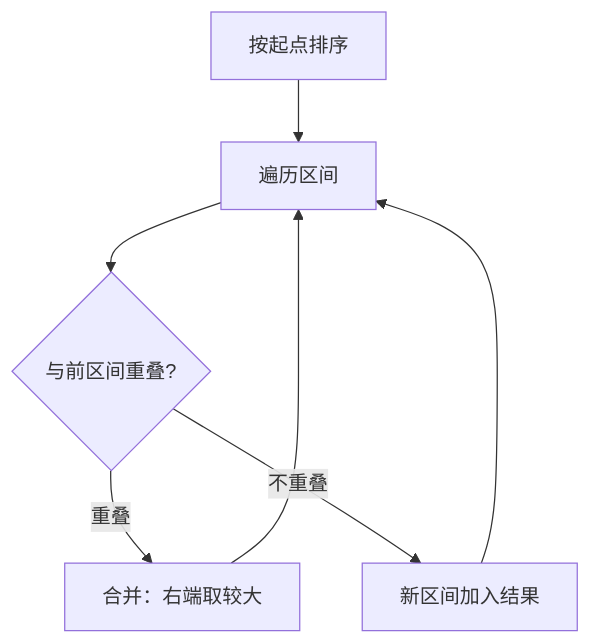
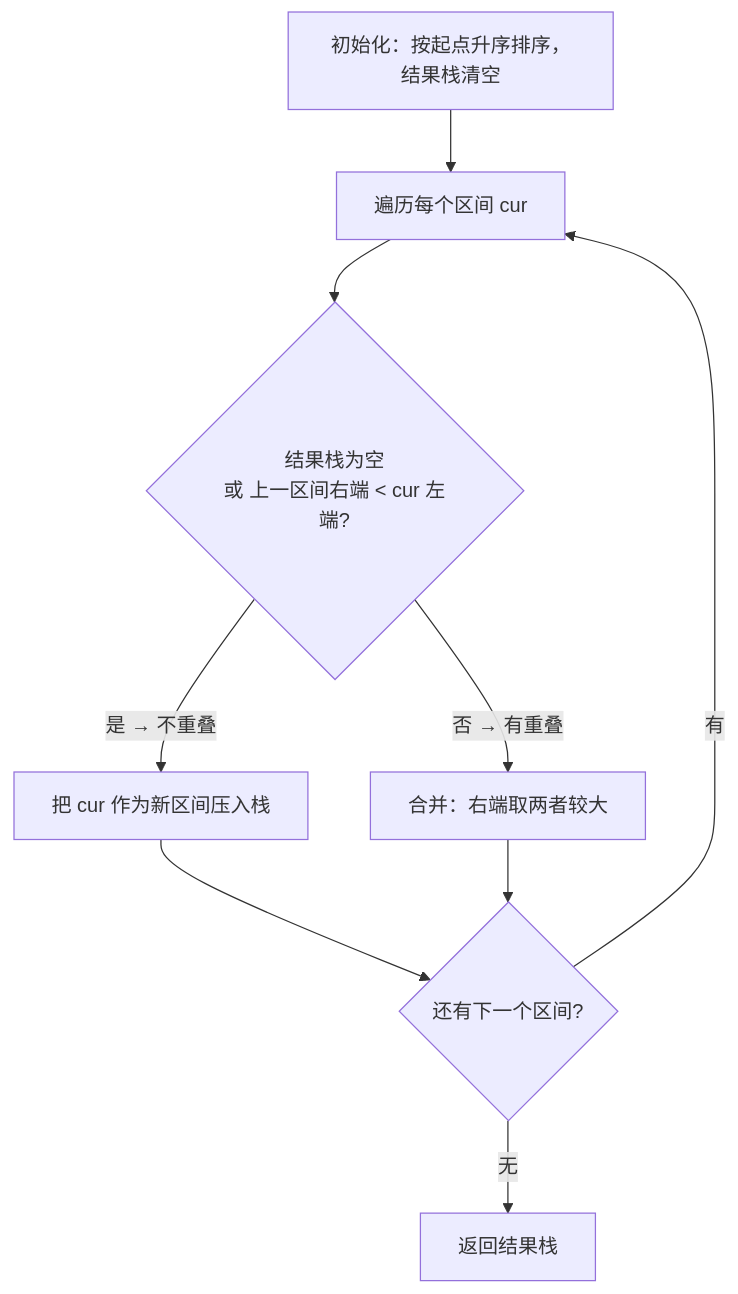
The first of 2 diagrams in 05-普通数组/0056-合并区间.md (OctalZero/hot100-py), drawn with Mermaid before and after one commit. The commit also changed other lines of this file and 117 other files, not shown here.

First line of the commit message:
feat: 全题解配图升级为「动画式 mermaid」（总览骨架 + 横向时间线逐步推演）

````diff
--- a/05-普通数组/0056-合并区间.md
+++ b/05-普通数组/0056-合并区间.md
@@ -19,9 +19,11 @@
 ```mermaid
 flowchart TD
-    A["按起点排序"] --> B["遍历区间"]
-    B --> C{"与前区间重叠?"}
-    C -- "重叠" --> D["合并：右端取较大"]
-    C -- "不重叠" --> E["新区间加入结果"]
-    D --> B
-    E --> B
+    A["初始化：按起点升序排序，结果栈清空"] --> B["遍历每个区间 cur"]
+    B --> C{"结果栈为空<br/>或 上一区间右端 < cur 左端?"}
+    C -->|"是 → 不重叠"| D["把 cur 作为新区间压入栈"]
+    C -->|"否 → 有重叠"| E["合并：右端取两者较大"]
+    D --> F{"还有下一个区间?"}
+    E --> F
+    F -->|"有"| B
+    F -->|"无"| G["返回结果栈"]
 ```
````
